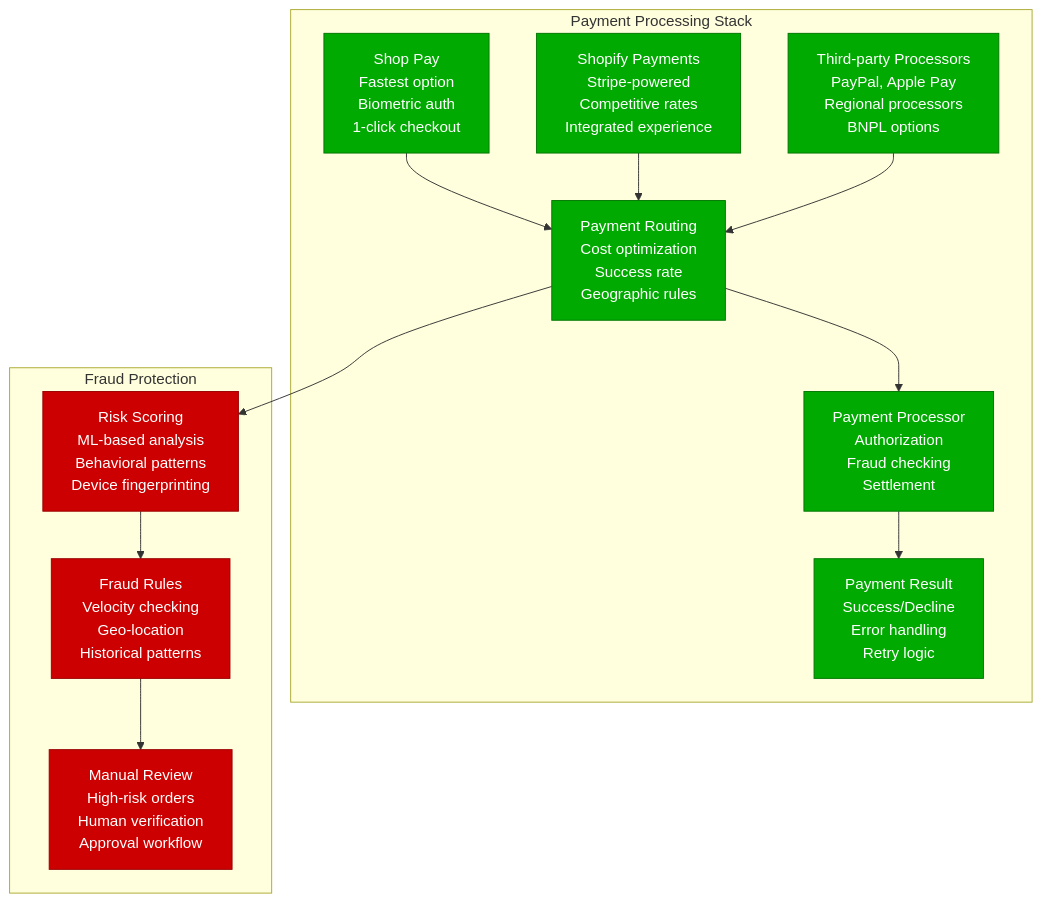
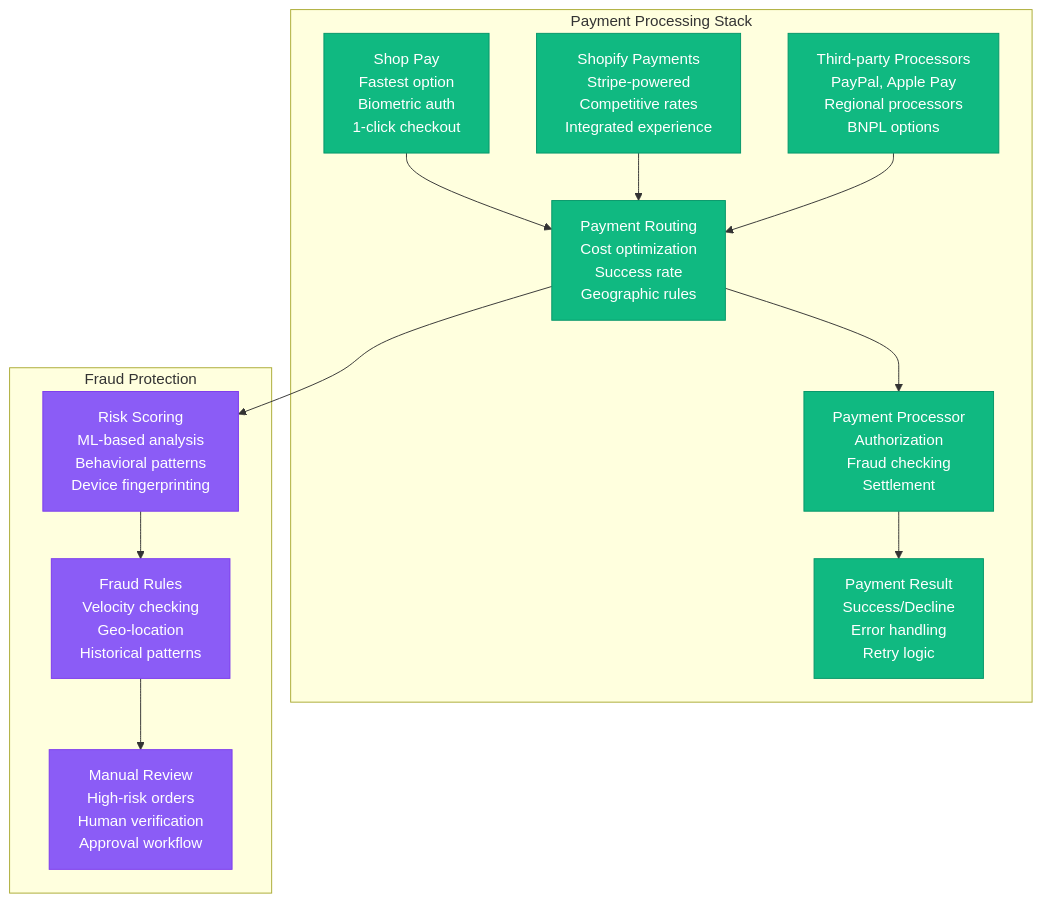
One commit to deepaucksharma/DS changed the fourth of 6 diagrams in site/docs/systems/shopify/request-flow.md. Above: the diagram before and after it, drawn with Mermaid. The commit also changed other lines of this file and 303 other files, not shown here.

````diff
--- a/site/docs/systems/shopify/request-flow.md
+++ b/site/docs/systems/shopify/request-flow.md
@@ -275,38 +275,38 @@
 ```mermaid
 graph TB
     subgraph "Payment Processing Stack"
         SHOP_PAY[Shop Pay<br/>Fastest option<br/>Biometric auth<br/>1-click checkout]
 
         SHOPIFY_PAYMENTS[Shopify Payments<br/>Stripe-powered<br/>Competitive rates<br/>Integrated experience]
 
         THIRD_PARTY[Third-party Processors<br/>PayPal, Apple Pay<br/>Regional processors<br/>BNPL options]
 
         %% Payment routing
         SHOP_PAY --> ROUTING[Payment Routing<br/>Cost optimization<br/>Success rate<br/>Geographic rules]
         SHOPIFY_PAYMENTS --> ROUTING
         THIRD_PARTY --> ROUTING
 
         ROUTING --> PROCESSOR[Payment Processor<br/>Authorization<br/>Fraud checking<br/>Settlement]
 
         PROCESSOR --> RESULT[Payment Result<br/>Success/Decline<br/>Error handling<br/>Retry logic]
     end
 
     subgraph "Fraud Protection"
         RISK_SCORING[Risk Scoring<br/>ML-based analysis<br/>Behavioral patterns<br/>Device fingerprinting]
 
         FRAUD_RULES[Fraud Rules<br/>Velocity checking<br/>Geo-location<br/>Historical patterns]
 
         MANUAL_REVIEW[Manual Review<br/>High-risk orders<br/>Human verification<br/>Approval workflow]
 
         ROUTING --> RISK_SCORING
         RISK_SCORING --> FRAUD_RULES
         FRAUD_RULES --> MANUAL_REVIEW
     end
 
     %% Apply payment colors
-    classDef paymentStyle fill:#00AA00,stroke:#007700,color:#fff
-    classDef fraudStyle fill:#CC0000,stroke:#990000,color:#fff
+    classDef paymentStyle fill:#10B981,stroke:#059669,color:#fff
+    classDef fraudStyle fill:#8B5CF6,stroke:#7C3AED,color:#fff
 
     class SHOP_PAY,SHOPIFY_PAYMENTS,THIRD_PARTY,ROUTING,PROCESSOR,RESULT paymentStyle
     class RISK_SCORING,FRAUD_RULES,MANUAL_REVIEW fraudStyle
 ```
````
